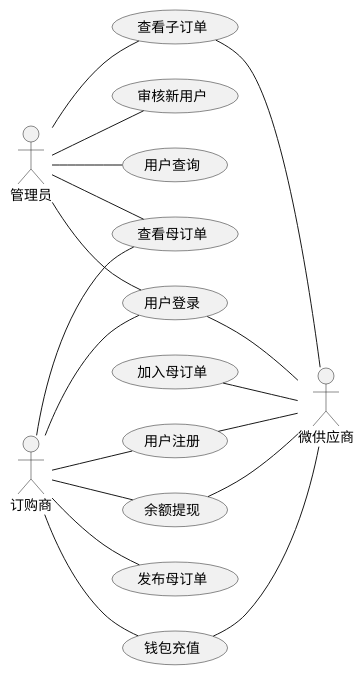
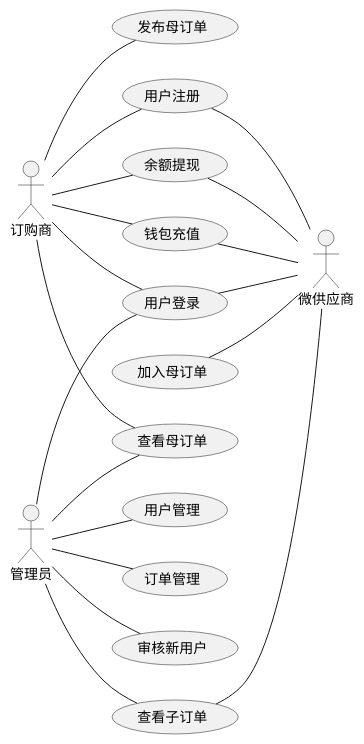
Before and after one commit to wwyf/Waterfall: the diagram in report/misc/figure_src/uc_main_2.puml, drawn with PlantUML. The commit also changed 16 other files, not shown here.

```diff
--- a/report/misc/figure_src/uc_main_2.puml
+++ b/report/misc/figure_src/uc_main_2.puml
@@ -1,40 +1,41 @@
 @startuml
 
 ''' 布局信息
 left to right direction
 
 ''' 以下部分描述了各个角色
 :微供应商: as MiniProvider
 :订购商: as Client
 :管理员: as Admin
 ' :授信系统: as CreditSys
 ' :资金系统: as FundSys
 
 ''' 以下部分描述了各个用例
 ''' 注意由于使用了从左到右布局, 故连线方向up down等需旋转90度
 
 MiniProvider -up- (用户登录)
 MiniProvider -up- (用户注册)
 MiniProvider -up- (查看子订单)
 MiniProvider -up- (加入母订单)
 MiniProvider -up- (钱包充值)
 MiniProvider -up- (余额提现)
 
 together {
-	Admin -- (用户查询)
+	Admin -- (用户管理)
+	Admin -- (订单管理)
     Admin -- (用户登录)
     Admin -- (查看子订单)
     Admin -- (查看母订单)
     Admin -- (审核新用户)
 }
 
 Client -- (用户登录)
 Client -- (用户注册)
 Client -- (发布母订单)
 Client -- (查看母订单)
 Client -- (钱包充值)
 Client -- (余额提现)
 
 ''' 用于控制布局的连线, 不显示
 
 @enduml
```
